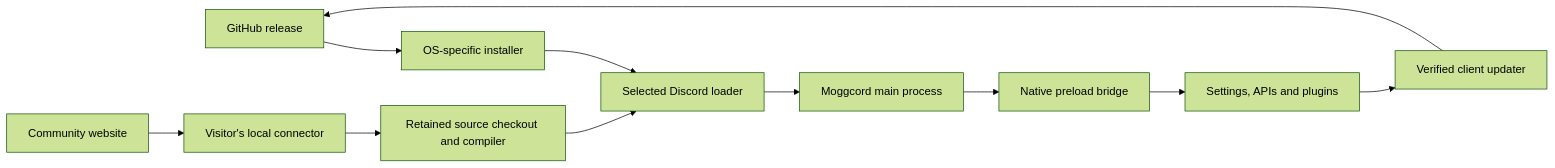
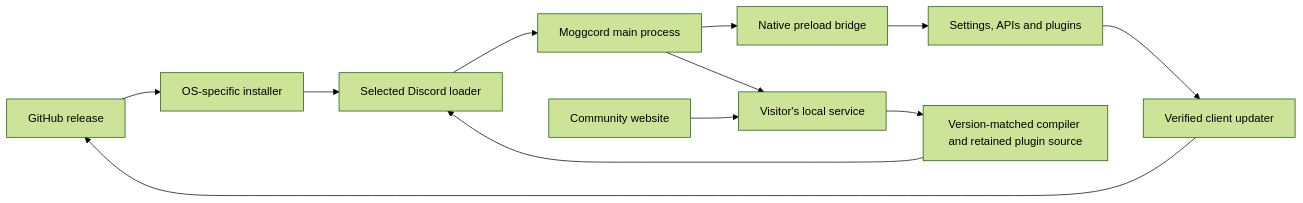
One commit to caedesdev/moggcord changed the diagram in docs/architecture/README.md. Above: the diagram before and after it, drawn with Mermaid (forest theme). The commit also changed other lines of this file and 38 other files, not shown here.

````diff
--- a/docs/architecture/README.md
+++ b/docs/architecture/README.md
@@ -7,13 +7,14 @@
 ```mermaid
 flowchart LR
     Release[GitHub release] --> Installer[OS-specific installer]
     Installer --> Loader[Selected Discord loader]
     Loader --> Main[Moggcord main process]
+    Main --> Connector[Visitor's local service]
     Main --> Preload[Native preload bridge]
     Preload --> Renderer[Settings, APIs and plugins]
     Renderer --> Updater[Verified client updater]
     Updater --> Release
-    Website[Community website] --> Connector[Visitor's local connector]
-    Connector --> Build[Retained source checkout and compiler]
+    Website[Community website] --> Connector
+    Connector --> Build[Version-matched compiler and retained plugin source]
     Build --> Loader
 ```
````
